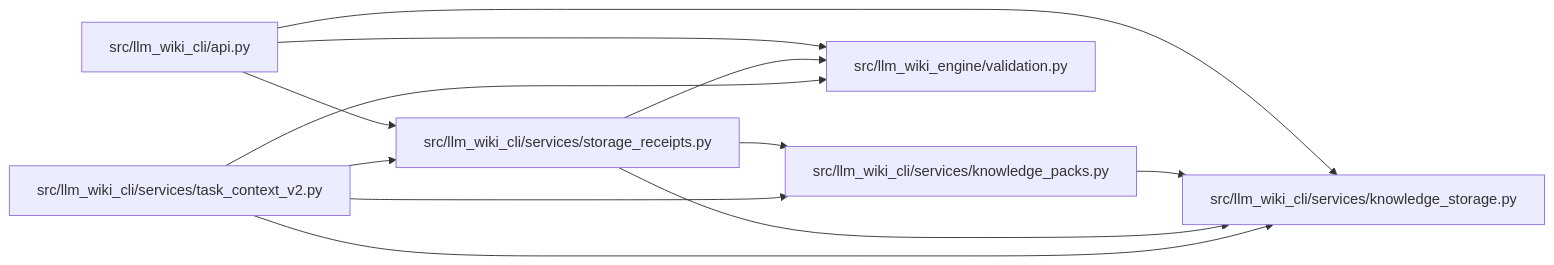
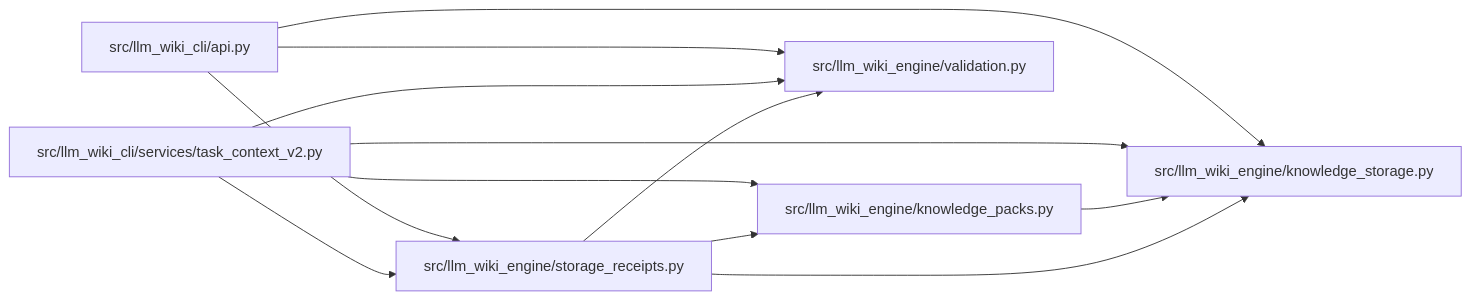
The diagram in docs/llm_wiki/modules/storage_receipts.md (Denissvgn/python-wiki-llm), drawn with Mermaid before and after one commit. The commit also changed other lines of this file and 1058 other files, not shown here.

First line of the commit message:
docs: refresh the wiki for the knowledge store move

````diff
--- a/docs/llm_wiki/modules/storage_receipts.md
+++ b/docs/llm_wiki/modules/storage_receipts.md
@@ -25,26 +25,26 @@
 ```mermaid
 flowchart LR
     n0["src/llm_wiki_cli/api.py"]
-    n1["src/llm_wiki_cli/services/knowledge_packs.py"]
-    n2["src/llm_wiki_cli/services/knowledge_storage.py"]
-    n3["src/llm_wiki_cli/services/storage_receipts.py"]
-    n4["src/llm_wiki_cli/services/task_context_v2.py"]
+    n1["src/llm_wiki_cli/services/task_context_v2.py"]
+    n2["src/llm_wiki_engine/knowledge_packs.py"]
+    n3["src/llm_wiki_engine/knowledge_storage.py"]
+    n4["src/llm_wiki_engine/storage_receipts.py"]
     n5["src/llm_wiki_engine/validation.py"]
-    n0 --> n2
     n0 --> n3
+    n0 --> n4
     n0 --> n5
     n1 --> n2
-    n3 --> n1
-    n3 --> n2
-    n3 --> n5
-    n4 --> n1
+    n1 --> n3
+    n1 --> n4
+    n1 --> n5
+    n2 --> n3
     n4 --> n2
     n4 --> n3
     n4 --> n5
     click n0 "../modules/api.md"
-    click n1 "../modules/knowledge_packs.md"
-    click n2 "../modules/knowledge_storage.md"
-    click n3 "../modules/storage_receipts.md"
-    click n4 "../modules/task_context_v2.md"
+    click n1 "../modules/task_context_v2.md"
+    click n2 "../modules/knowledge_packs.md"
+    click n3 "../modules/knowledge_storage.md"
+    click n4 "../modules/storage_receipts.md"
     click n5 "../modules/validation.md"
 ```
````
